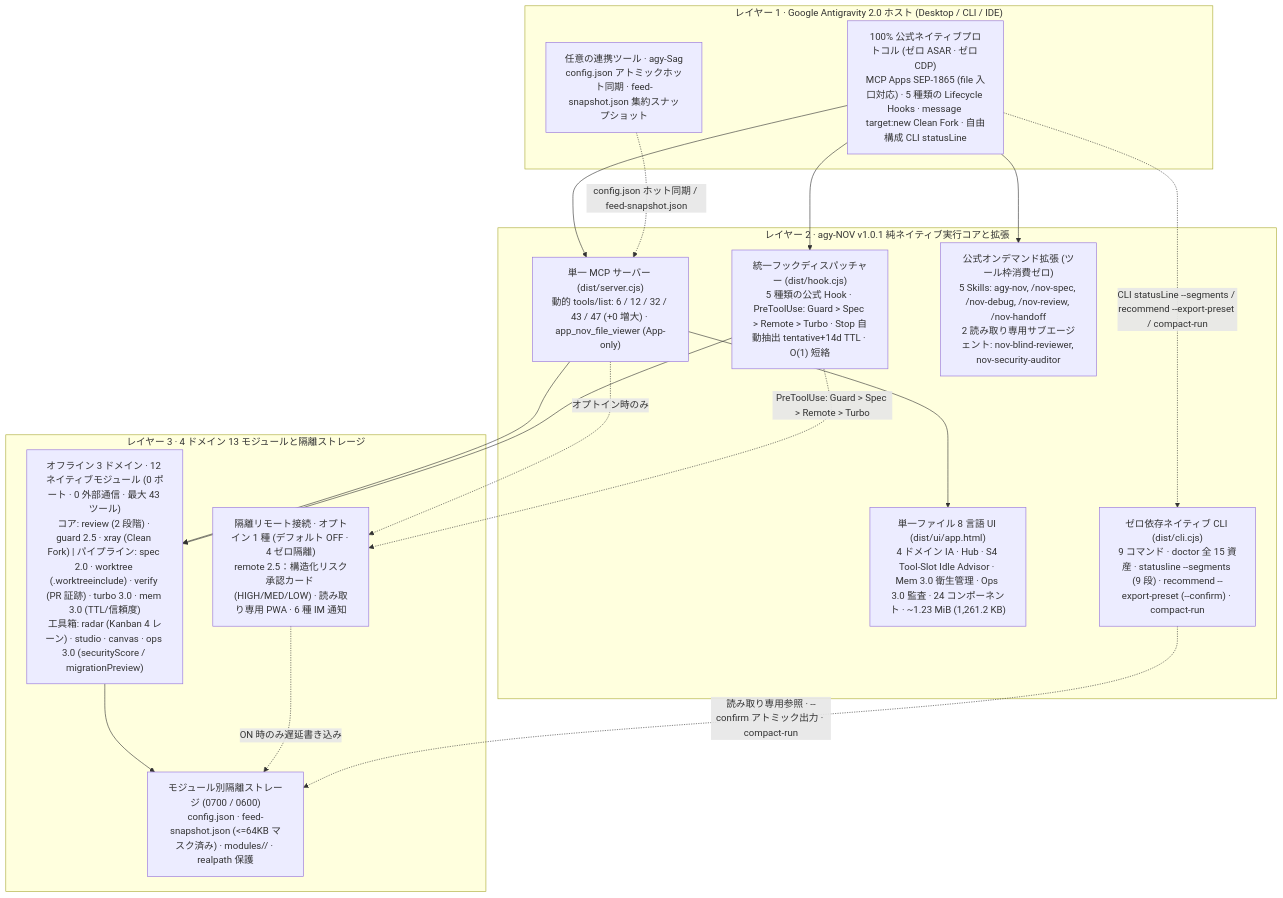
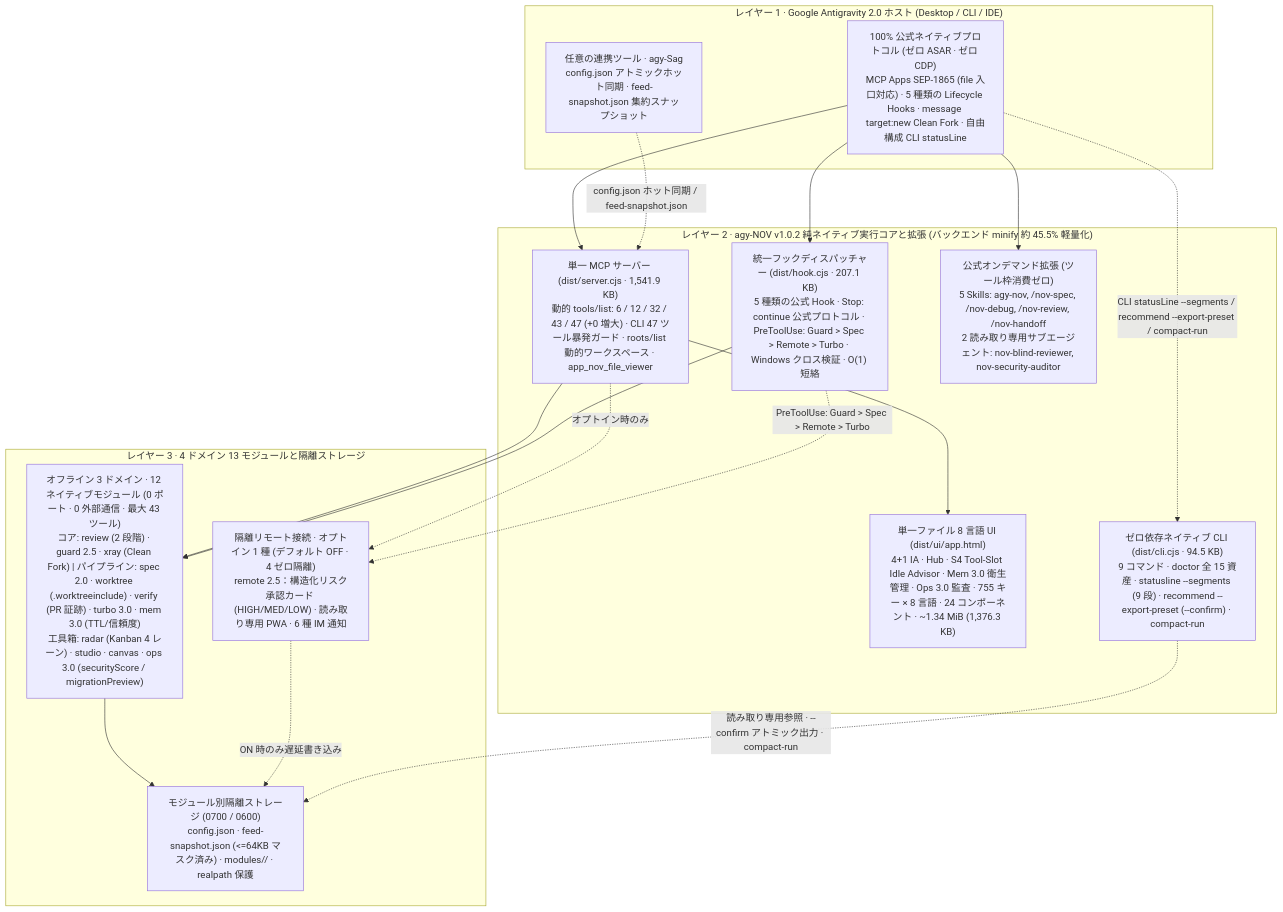
Before and after one commit to tone-leh/agy-NOV: the diagram in docs/i18n/README.ja.md, drawn with Mermaid. The commit also changed other lines of this file and 84 other files, not shown here.

Commit message:
fix(v1.0.2): Antigravity 2.35+ runtime hardening, CLI 47-tool gate, dynamic roots, 755-key 8-locale UI & 45% bundle minification

````diff
--- a/docs/i18n/README.ja.md
+++ b/docs/i18n/README.ja.md
@@ -239,35 +243,35 @@
 ```mermaid
 flowchart TB
   subgraph L1["レイヤー 1 · Google Antigravity 2.0 ホスト (Desktop / CLI / IDE)"]
     Host["100% 公式ネイティブプロトコル (ゼロ ASAR · ゼロ CDP)\nMCP Apps SEP-1865 (file 入口対応) · 5 種類の Lifecycle Hooks · message target:new Clean Fork · 自由構成 CLI statusLine"]
     Sag["任意の連携ツール · agy-Sag\nconfig.json アトミックホット同期 · feed-snapshot.json 集約スナップショット"]
   end
 
-  subgraph L2["レイヤー 2 · agy-NOV v1.0.1 純ネイティブ実行コアと拡張"]
-    MCP["単一 MCP サーバー (dist/server.cjs)\n動的 tools/list: 6 / 12 / 32 / 43 / 47 (+0 増大) · app_nov_file_viewer (App-only)"]
-    Hook["統一フックディスパッチャー (dist/hook.cjs)\n5 種類の公式 Hook · PreToolUse: Guard > Spec > Remote > Turbo · Stop 自動抽出 tentative+14d TTL · O(1) 短絡"]
-    UI["単一ファイル 8 言語 UI (dist/ui/app.html)\n4 ドメイン IA · Hub · S4 Tool-Slot Idle Advisor · Mem 3.0 衛生管理 · Ops 3.0 監査 · 24 コンポーネント · ~1.23 MiB (1,261.2 KB)"]
+  subgraph L2["レイヤー 2 · agy-NOV v1.0.2 純ネイティブ実行コアと拡張 (バックエンド minify 約 45.5% 軽量化)"]
+    MCP["単一 MCP サーバー (dist/server.cjs · 1,541.9 KB)\n動的 tools/list: 6 / 12 / 32 / 43 / 47 (+0 増大) · CLI 47 ツール暴発ガード · roots/list 動的ワークスペース · app_nov_file_viewer"]
+    Hook["統一フックディスパッチャー (dist/hook.cjs · 207.1 KB)\n5 種類の公式 Hook · Stop: continue 公式プロトコル · PreToolUse: Guard > Spec > Remote > Turbo · Windows クロス検証 · O(1) 短絡"]
+    UI["単一ファイル 8 言語 UI (dist/ui/app.html)\n4+1 IA · Hub · S4 Tool-Slot Idle Advisor · Mem 3.0 衛生管理 · Ops 3.0 監査 · 755 キー × 8 言語 · 24 コンポーネント · ~1.34 MiB (1,376.3 KB)"]
     Ext["公式オンデマンド拡張 (ツール枠消費ゼロ)\n5 Skills: agy-nov, /nov-spec, /nov-debug, /nov-review, /nov-handoff\n2 読み取り専用サブエージェント: nov-blind-reviewer, nov-security-auditor"]
-    CLI["ゼロ依存ネイティブ CLI (dist/cli.cjs)\n9 コマンド · doctor 全 15 資産 · statusline --segments (9 段) · recommend --export-preset (--confirm) · compact-run"]
+    CLI["ゼロ依存ネイティブ CLI (dist/cli.cjs · 94.5 KB)\n9 コマンド · doctor 全 15 資産 · statusline --segments (9 段) · recommend --export-preset (--confirm) · compact-run"]
   end
 
   subgraph L3["レイヤー 3 · 4 ドメイン 13 モジュールと隔離ストレージ"]
     T1["オフライン 3 ドメイン · 12 ネイティブモジュール (0 ポート · 0 外部通信 · 最大 43 ツール)\nコア: review (2 段階) · guard 2.5 · xray (Clean Fork) | パイプライン: spec 2.0 · worktree (.worktreeinclude) · verify (PR 証跡) · turbo 3.0 · mem 3.0 (TTL/信頼度)\n工具箱: radar (Kanban 4 レーン) · studio · canvas · ops 3.0 (securityScore / migrationPreview)"]
     T2R["隔離リモート接続 · オプトイン 1 種 (デフォルト OFF · 4 ゼロ隔離)\nremote 2.5：構造化リスク承認カード (HIGH/MED/LOW) · 読み取り専用 PWA · 6 種 IM 通知"]
     Store["モジュール別隔離ストレージ (0700 / 0600)\nconfig.json · feed-snapshot.json (<=64KB マスク済み) · modules/<id>/ · realpath 保護"]
   end
 
   Host --> MCP
   Host --> Hook
   Host --> Ext
   Host -. "CLI statusLine --segments / recommend --export-preset / compact-run" .-> CLI
   Sag -. "config.json ホット同期 / feed-snapshot.json" .-> MCP
   MCP --> UI
   MCP --> T1
   MCP -. "オプトイン時のみ" .-> T2R
   Hook --> T1
   Hook -. "PreToolUse: Guard > Spec > Remote > Turbo" .-> T2R
   T1 --> Store
   T2R -. "ON 時のみ遅延書き込み" .-> Store
   CLI -. "読み取り専用参照 · --confirm アトミック出力 · compact-run" .-> Store
 ```
````
